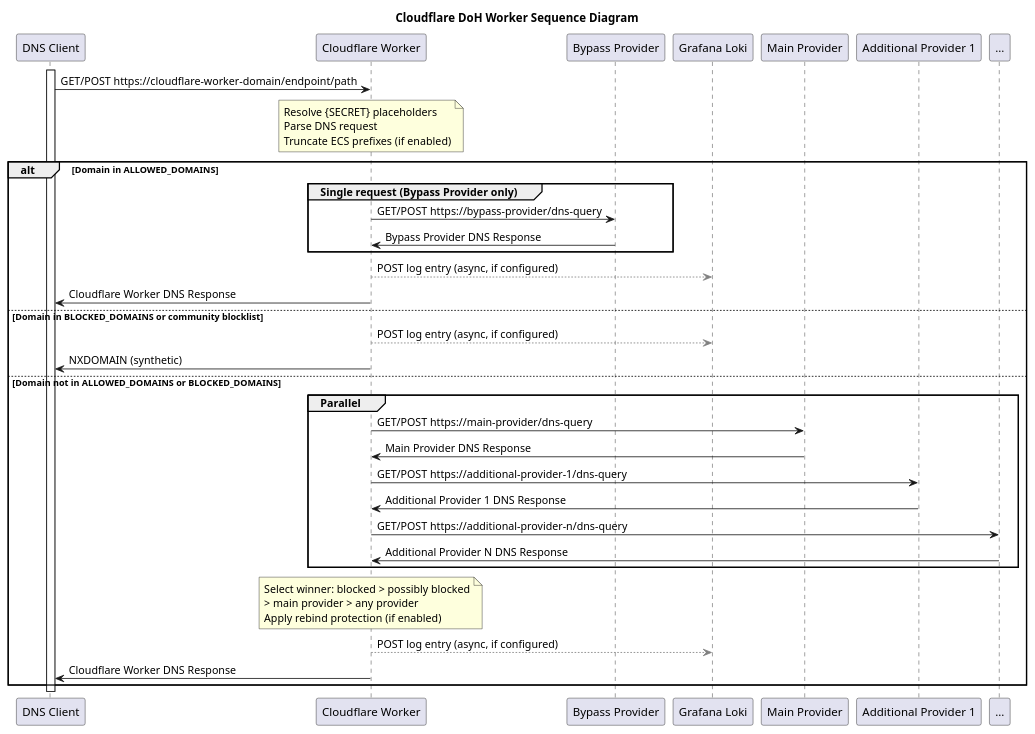
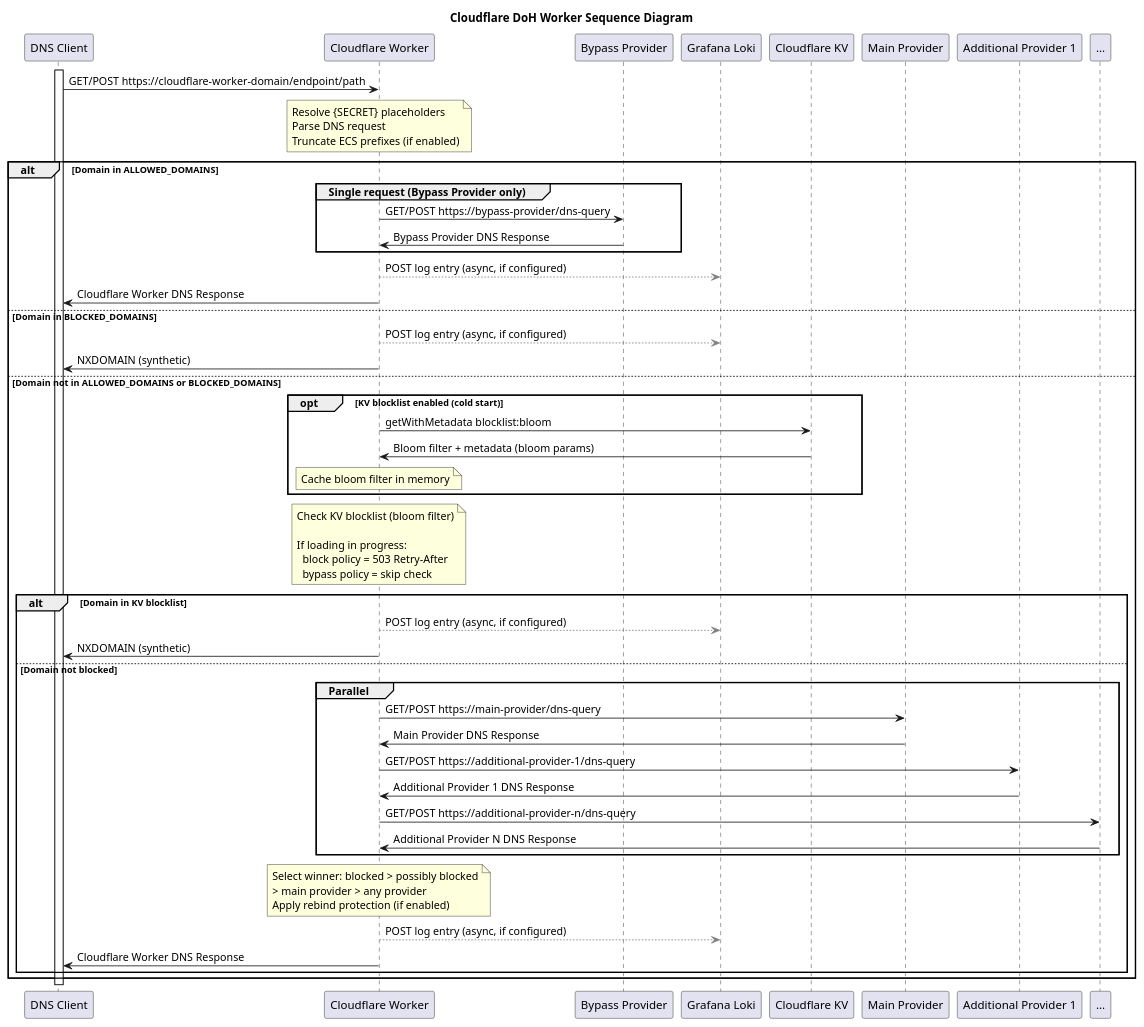
Before and after one commit to trevorlauder/cloudflare-doh-worker: the diagram in docs/design.puml, drawn with PlantUML. The commit also changed 8 other files, not shown here.

First line of the commit message:
perf: use single kv key with metadata and remove community wildcard support (#122)

```diff
--- a/docs/design.puml
+++ b/docs/design.puml
@@ -1,38 +1,52 @@
 @startuml Cloudflare-DoH-Worker
 
 title Cloudflare DoH Worker Sequence Diagram
 
 activate "DNS Client"
 
 "DNS Client" -> "Cloudflare Worker": GET/POST https://cloudflare-worker-domain/endpoint/path
 
 note over "Cloudflare Worker": Resolve {SECRET} placeholders\nParse DNS request\nTruncate ECS prefixes (if enabled)
 
 alt Domain in ALLOWED_DOMAINS
 group Single request (Bypass Provider only)
   "Cloudflare Worker" -> "Bypass Provider": GET/POST https://bypass-provider/dns-query
   "Cloudflare Worker" <- "Bypass Provider": Bypass Provider DNS Response
 end
 
 "Cloudflare Worker" -[#gray]-> "Grafana Loki": POST log entry (async, if configured)
 "Cloudflare Worker" -> "DNS Client": Cloudflare Worker DNS Response
-else Domain in BLOCKED_DOMAINS or community blocklist
+else Domain in BLOCKED_DOMAINS
   "Cloudflare Worker" -[#gray]-> "Grafana Loki": POST log entry (async, if configured)
   "Cloudflare Worker" -> "DNS Client": NXDOMAIN (synthetic)
 else Domain not in ALLOWED_DOMAINS or BLOCKED_DOMAINS
+
+opt KV blocklist enabled (cold start)
+  "Cloudflare Worker" -> "Cloudflare KV": getWithMetadata blocklist:bloom
+  "Cloudflare Worker" <- "Cloudflare KV": Bloom filter + metadata (bloom params)
+  note over "Cloudflare Worker": Cache bloom filter in memory
+end
+
+note over "Cloudflare Worker": Check KV blocklist (bloom filter)\n\nIf loading in progress:\n  block policy = 503 Retry-After\n  bypass policy = skip check
+
+alt Domain in KV blocklist
+  "Cloudflare Worker" -[#gray]-> "Grafana Loki": POST log entry (async, if configured)
+  "Cloudflare Worker" -> "DNS Client": NXDOMAIN (synthetic)
+else Domain not blocked
 group Parallel
   "Cloudflare Worker" -> "Main Provider": GET/POST https://main-provider/dns-query
   "Cloudflare Worker" <- "Main Provider": Main Provider DNS Response
   "Cloudflare Worker" -> "Additional Provider 1": GET/POST https://additional-provider-1/dns-query
   "Cloudflare Worker" <- "Additional Provider 1": Additional Provider 1 DNS Response
   "Cloudflare Worker" -> ...: GET/POST https://additional-provider-n/dns-query
   "Cloudflare Worker" <- ...: Additional Provider N DNS Response
 end
 
 note over "Cloudflare Worker": Select winner: blocked > possibly blocked\n> main provider > any provider\nApply rebind protection (if enabled)
 
 "Cloudflare Worker" -[#gray]-> "Grafana Loki": POST log entry (async, if configured)
 "Cloudflare Worker" -> "DNS Client": Cloudflare Worker DNS Response
 end
+end
 
 @enduml
```
